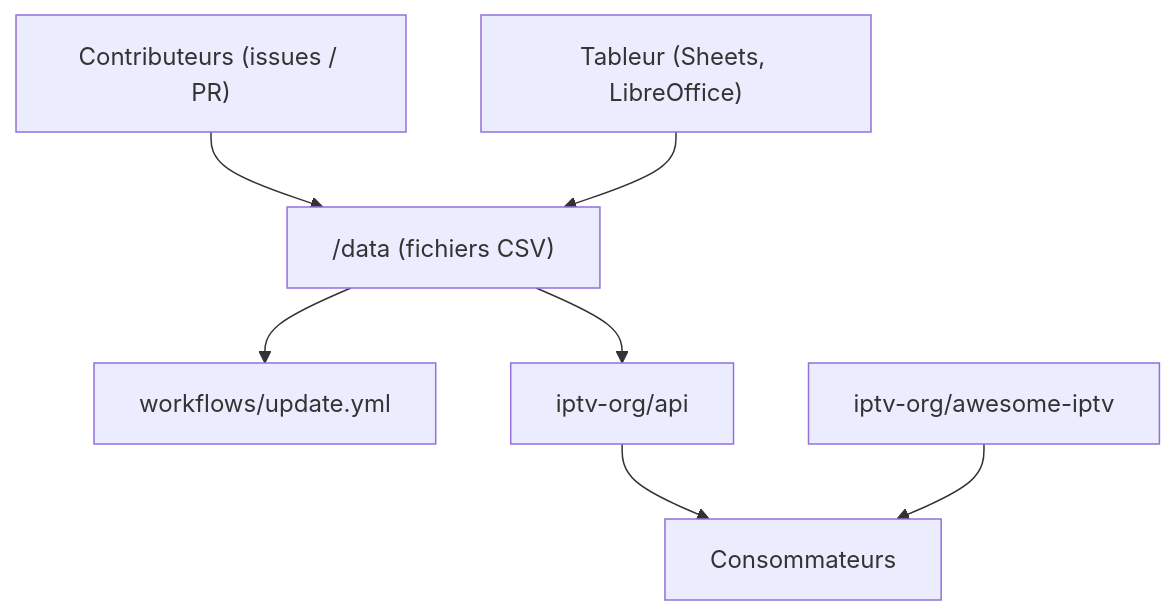
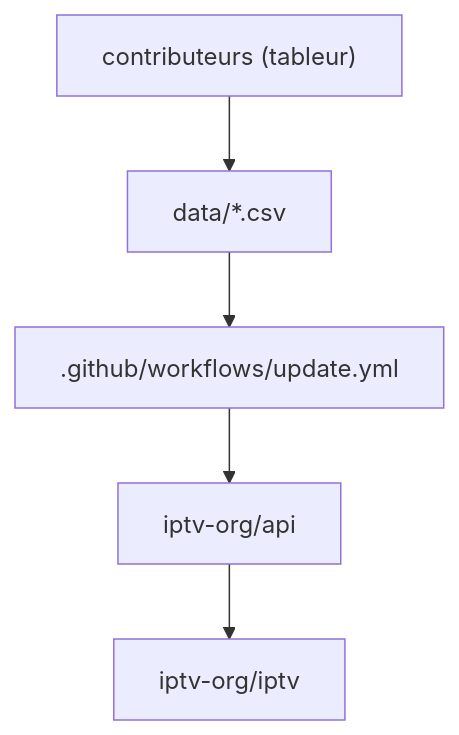
The diagram in veille/.data/fiches/iptv-org__database.md (floSa/Veille-Repo), drawn with Mermaid before and after one commit. The commit also changed other lines of this file and 581 other files, not shown here.

First line of the commit message:
Diagrammes, empreintes et validateur remis d'aplomb

````diff
--- a/veille/.data/fiches/iptv-org__database.md
+++ b/veille/.data/fiches/iptv-org__database.md
@@ -35,9 +31,7 @@
 ```mermaid
 flowchart TD
-  CONTRIB["Contributeurs (issues / PR)"] --> DATA["/data (fichiers CSV)"]
-  SHEET["Tableur (Sheets, LibreOffice)"] --> DATA
-  DATA --> WF["workflows/update.yml"]
-  DATA --> API["iptv-org/api"]
-  API --> CONS["Consommateurs"]
-  AWE["iptv-org/awesome-iptv"] --> CONS
+  csv["data/*.csv"] --> ci[".github/workflows/update.yml"]
+  ci --> api["iptv-org/api"]
+  api --> iptv["iptv-org/iptv"]
+  contrib["contributeurs (tableur)"] --> csv
 ```
````
